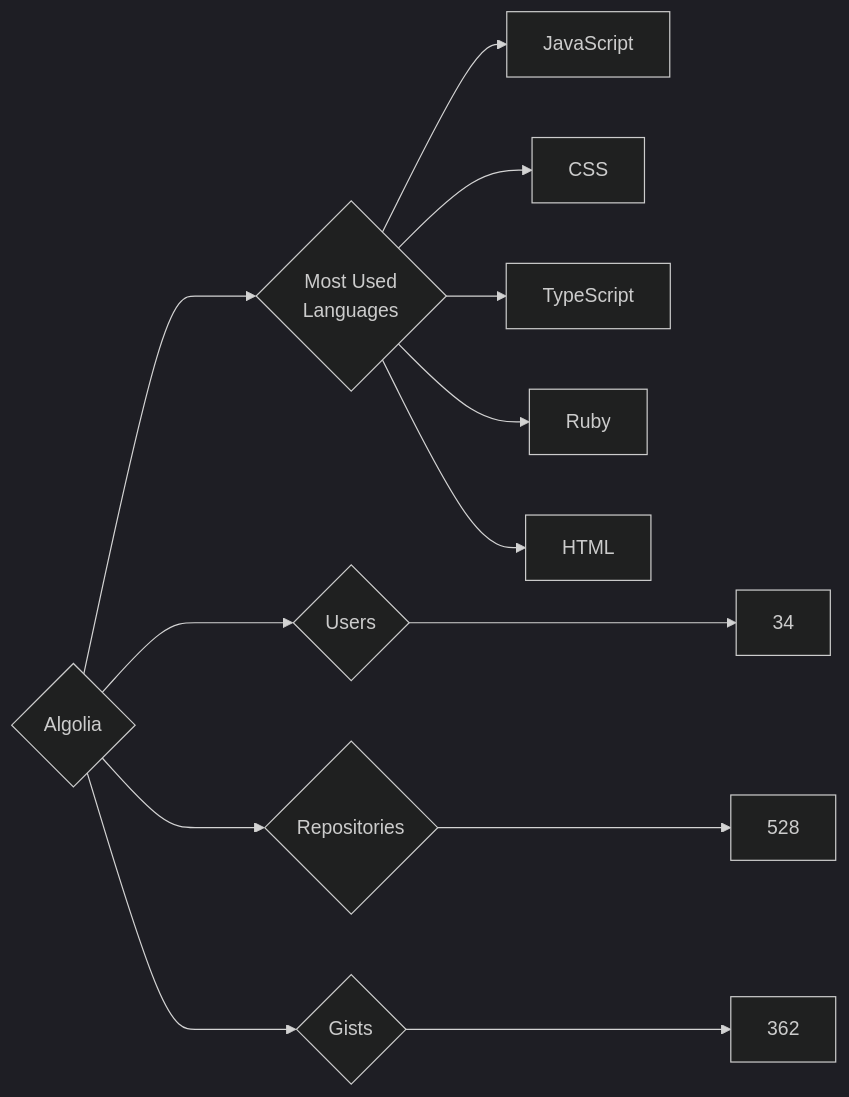
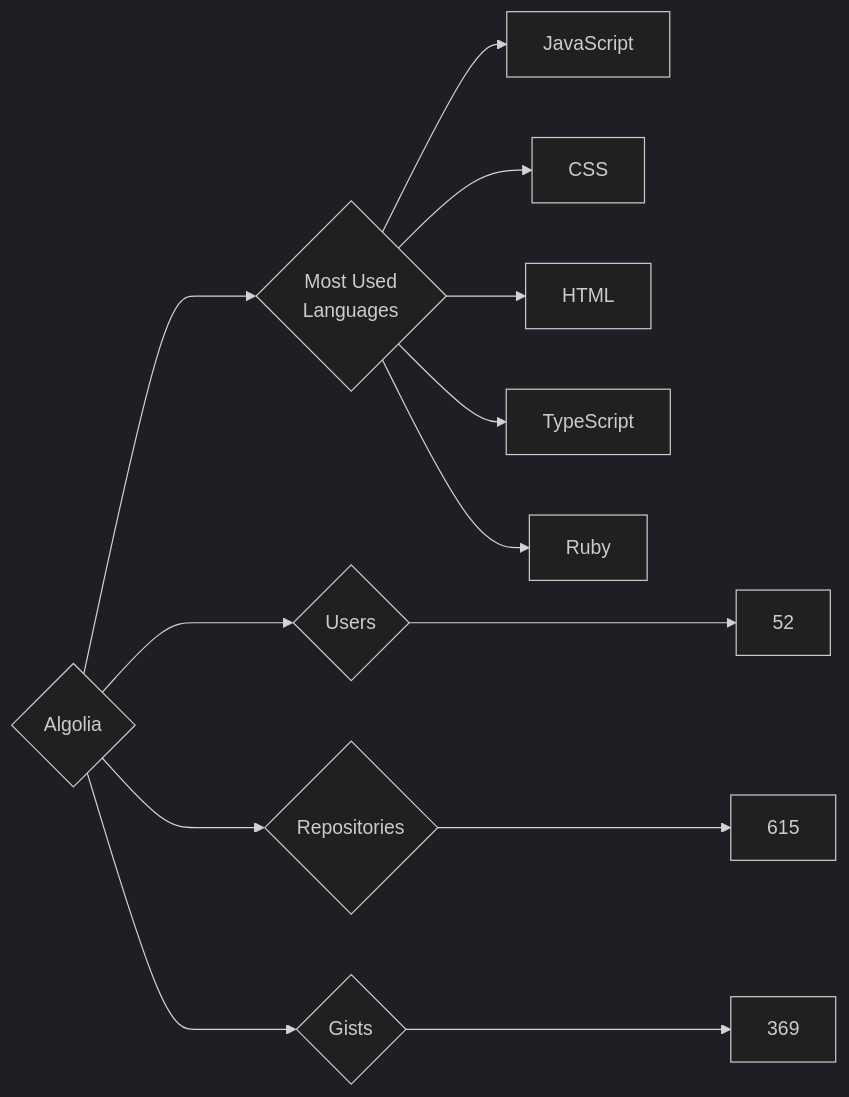
The diagram in targets/Algolia/README.md (trickest/insiders), drawn with Mermaid (dark theme) before and after one commit. The commit also changed 914 other files, not shown here.

````diff
--- a/targets/Algolia/README.md
+++ b/targets/Algolia/README.md
@@ -3,13 +3,13 @@
 ```mermaid
 graph LR
 COMPANY_NAME{Algolia}
-COMPANY_NAME ---> U{Users} ---> UN[34]
-COMPANY_NAME ---> R{Repositories} ---> RN[528]
-COMPANY_NAME ---> G{Gists} ---> GN[362]
+COMPANY_NAME ---> U{Users} ---> UN[52]
+COMPANY_NAME ---> R{Repositories} ---> RN[615]
+COMPANY_NAME ---> G{Gists} ---> GN[369]
 COMPANY_NAME ---> ML{Most Used<br>Languages}
 ML --> JavaScript[JavaScript]
 ML --> CSS[CSS]
+ML --> HTML[HTML]
 ML --> TypeScript[TypeScript]
 ML --> Ruby[Ruby]
-ML --> HTML[HTML]
 ```
````
